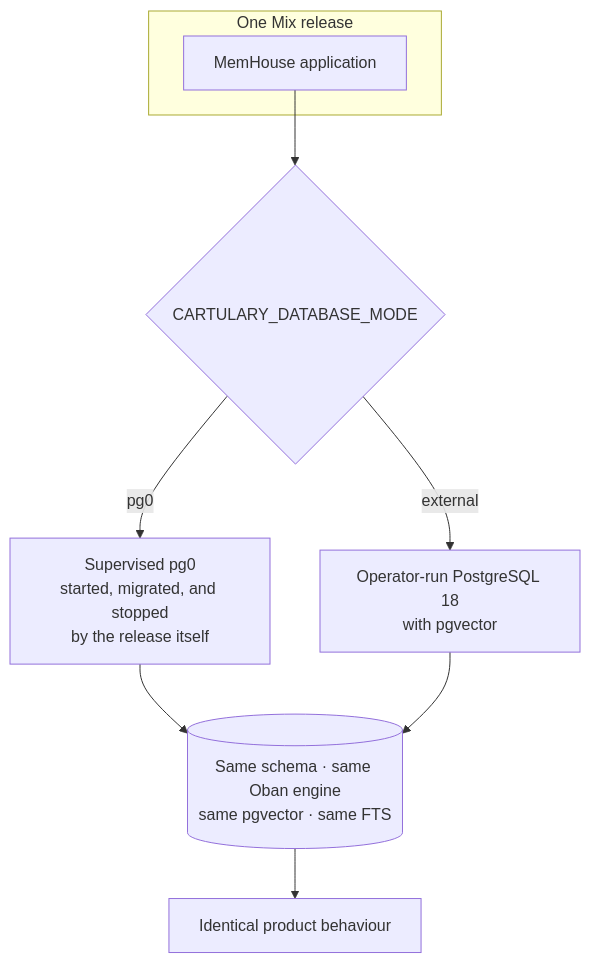
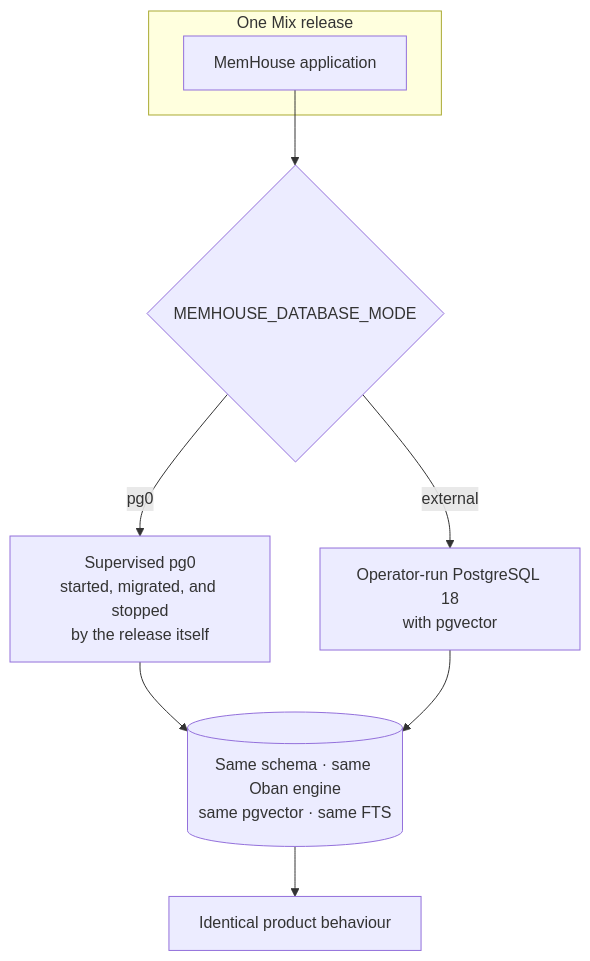
One commit to cartularyhq/cartulary changed the diagram in docs/concepts/deployment-modes.md. Above: the diagram before and after it, drawn with Mermaid. The commit also changed other lines of this file and 328 other files, not shown here.

````diff
--- a/docs/concepts/deployment-modes.md
+++ b/docs/concepts/deployment-modes.md
@@ -10,12 +10,12 @@
 ```mermaid
 flowchart TB
     subgraph One["One Mix release"]
         APP[MemHouse application]
     end
-    APP --> M{CARTULARY_DATABASE_MODE}
+    APP --> M{MEMHOUSE_DATABASE_MODE}
     M -->|pg0| E["Supervised pg0<br/>started, migrated, and stopped<br/>by the release itself"]
     M -->|external| X["Operator-run PostgreSQL 18<br/>with pgvector"]
     E --> G[(Same schema · same Oban engine<br/>same pgvector · same FTS)]
     X --> G
     G --> SAME["Identical product behaviour"]
 ```
````
